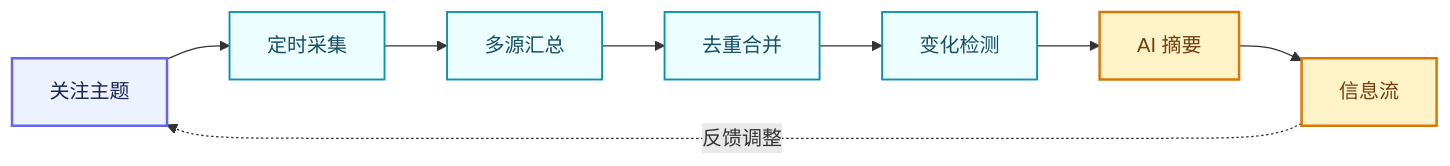
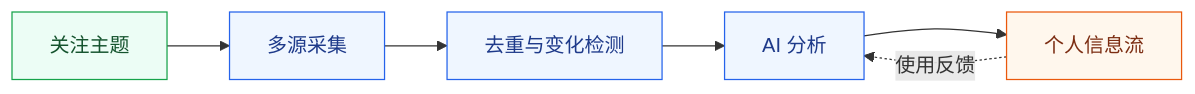
One commit to koucxz/ai-information-collector changed the diagram in README.md. Above: the diagram before and after it, drawn with Mermaid. The commit also changed other lines of this file and 15 other files, not shown here.

````diff
--- a/README.md
+++ b/README.md
@@ -35,17 +25,15 @@
 ```mermaid
 flowchart LR
-    A[关注主题] --> B[定时采集]
-    B --> C[多源汇总]
-    C --> D[去重合并]
-    D --> E[变化检测]
-    E --> F[AI 摘要]
-    F --> G[信息流]
-    G -. 反馈调整 .-> A
+    A[关注主题] --> B[多源采集]
+    B --> C[去重与变化检测]
+    C --> D[AI 分析]
+    D --> E[个人信息流]
+    E -. 使用反馈 .-> D
 
-    classDef first fill:#eef2ff,stroke:#6366f1,stroke-width:2px,color:#172554;
-    classDef middle fill:#ecfeff,stroke:#0891b2,stroke-width:1.5px,color:#164e63;
-    classDef last fill:#fef3c7,stroke:#d97706,stroke-width:2px,color:#713f12;
-    class A first;
-    class B,C,D,E middle;
-    class F,G last;
+    classDef input fill:#ecfdf5,stroke:#16a34a,color:#14532d;
+    classDef process fill:#eff6ff,stroke:#2563eb,color:#1e3a8a;
+    classDef output fill:#fff7ed,stroke:#ea580c,color:#7c2d12;
+    class A input;
+    class B,C,D process;
+    class E output;
 ```
````
